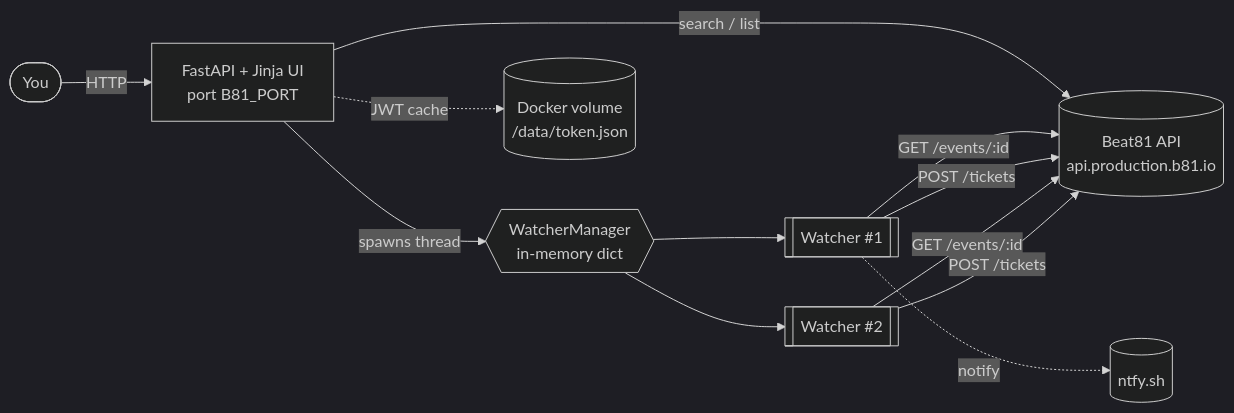
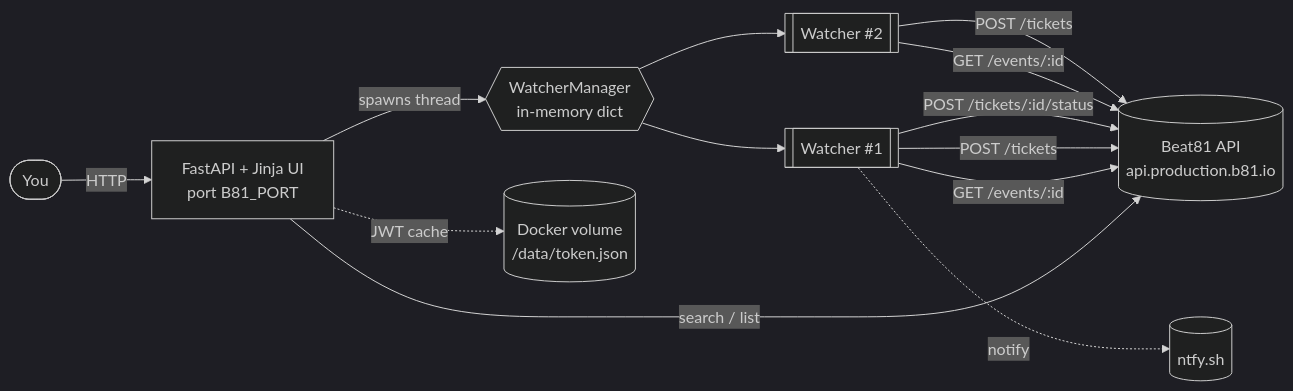
The first of 3 diagrams in README.md (jonnbonn/beat81-seat-grabber), drawn with Mermaid (dark theme) before and after one commit. The commit also changed other lines of this file and 7 other files, not shown here.

````diff
--- a/README.md
+++ b/README.md
@@ -23,16 +27,17 @@
 ```mermaid
 flowchart LR
   user([You]) -- HTTP --> ui[FastAPI + Jinja UI<br/>port B81_PORT]
   ui -- spawns thread --> wm{{WatcherManager<br/>in-memory dict}}
   wm --> w1[[Watcher #1]]
   wm --> w2[[Watcher #2]]
 
   ui -- search / list --> b81[(Beat81 API<br/>api.production.b81.io)]
   w1 -- GET /events/:id --> b81
   w1 -- POST /tickets --> b81
+  w1 -- POST /tickets/:id/status --> b81
   w2 -- GET /events/:id --> b81
   w2 -- POST /tickets --> b81
 
   ui -. JWT cache .-> vol[(Docker volume<br/>/data/token.json)]
   w1 -. notify .-> ntfy[(ntfy.sh)]
 ```
````
